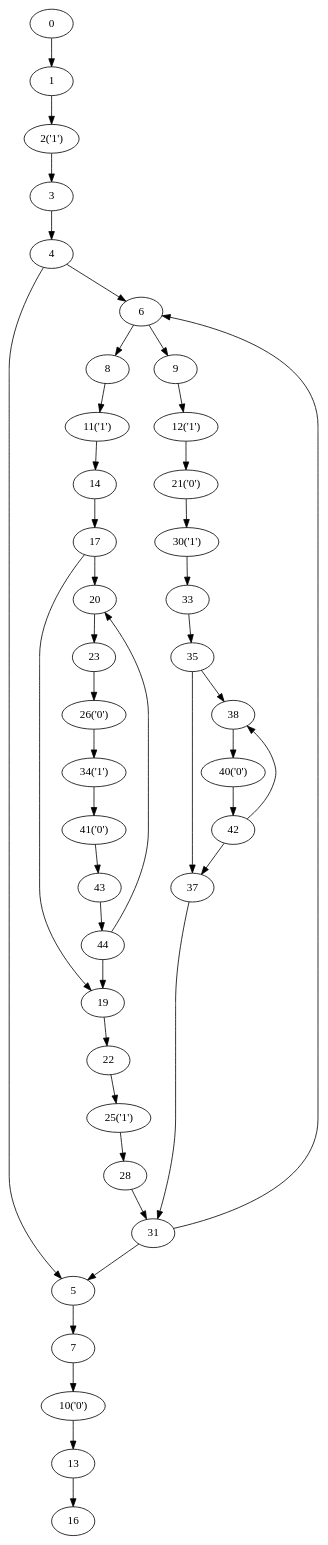
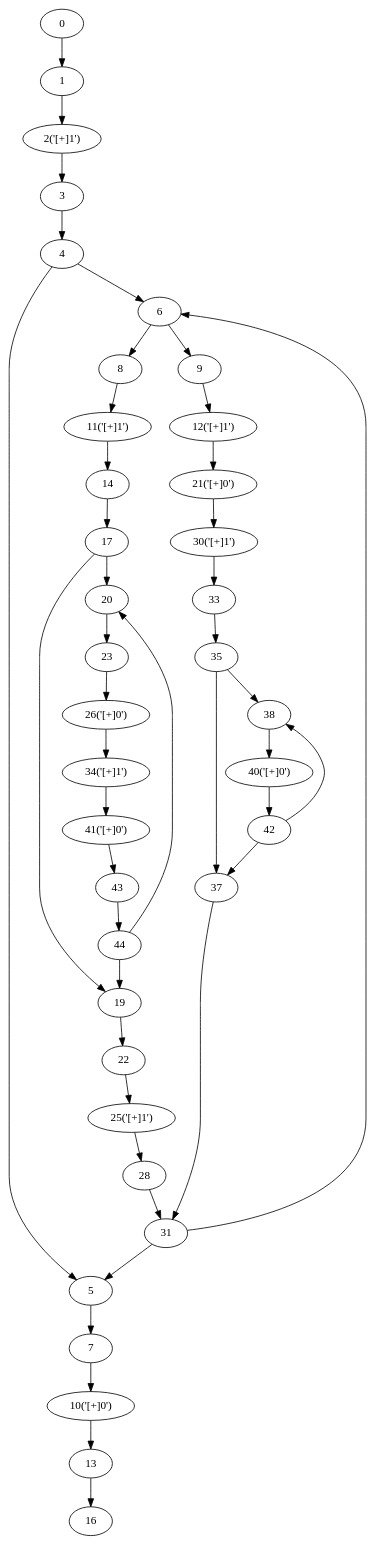
The diagram in NRegex.Test/Graphs/TestMethod09.dot (yyl-20020115/NRegEx), drawn with Graphviz before and after one commit. The commit also changed 27 other files, not shown here.

```diff
--- a/NRegex.Test/Graphs/TestMethod09.dot
+++ b/NRegex.Test/Graphs/TestMethod09.dot
@@ -1,82 +1,82 @@
 digraph g {
 	0 ;
 	1 ;
-	2 [label="2('1')"];
+	2 [label="2('[+]1')"];
 	3 ;
 	4 ;
 	5 ;
 	6 ;
 	7 ;
 	8 ;
 	9 ;
-	10 [label="10('0')"];
-	11 [label="11('1')"];
-	12 [label="12('1')"];
+	10 [label="10('[+]0')"];
+	11 [label="11('[+]1')"];
+	12 [label="12('[+]1')"];
 	13 ;
 	14 ;
 	16 ;
 	17 ;
 	19 ;
 	20 ;
-	21 [label="21('0')"];
+	21 [label="21('[+]0')"];
 	22 ;
 	23 ;
-	25 [label="25('1')"];
-	26 [label="26('0')"];
+	25 [label="25('[+]1')"];
+	26 [label="26('[+]0')"];
 	28 ;
-	30 [label="30('1')"];
+	30 [label="30('[+]1')"];
 	31 ;
 	33 ;
-	34 [label="34('1')"];
+	34 [label="34('[+]1')"];
 	35 ;
 	37 ;
 	38 ;
-	40 [label="40('0')"];
-	41 [label="41('0')"];
+	40 [label="40('[+]0')"];
+	41 [label="41('[+]0')"];
 	42 ;
 	43 ;
 	44 ;
 	0->1;
 	1->2;
 	2->3;
 	3->4;
 	4->5;
 	31->5;
 	4->6;
 	31->6;
 	5->7;
 	6->8;
 	6->9;
 	7->10;
 	8->11;
 	9->12;
 	10->13;
 	11->14;
 	13->16;
 	14->17;
 	17->19;
 	44->19;
 	17->20;
 	44->20;
 	12->21;
 	19->22;
 	20->23;
 	22->25;
 	23->26;
 	25->28;
 	21->30;
 	28->31;
 	37->31;
 	30->33;
 	26->34;
 	33->35;
 	35->37;
 	42->37;
 	35->38;
 	42->38;
 	38->40;
 	34->41;
 	40->42;
 	41->43;
 	43->44;
 }
```
